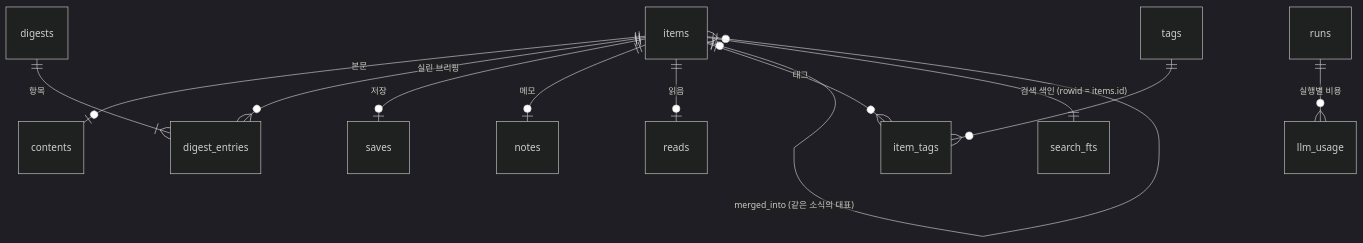
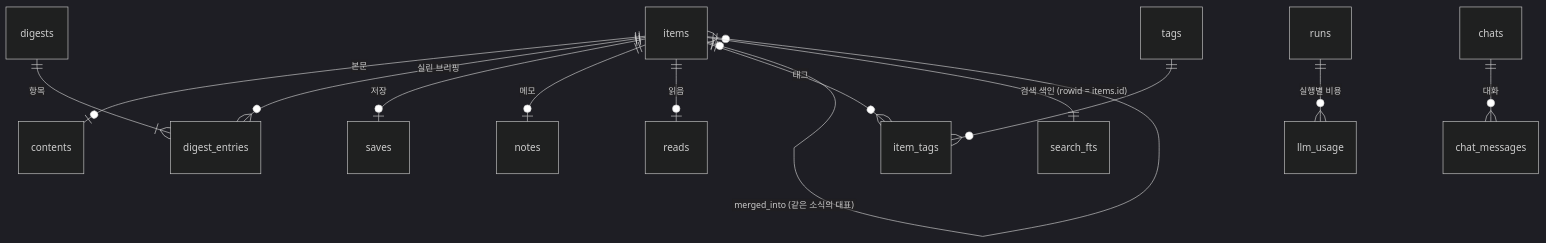
One commit to EPIGEXE/jogan-news changed the diagram in docs/03-database.md. Above: the diagram before and after it, drawn with Mermaid (dark theme). The commit also changed other lines of this file and 123 other files, not shown here.

````diff
--- a/docs/03-database.md
+++ b/docs/03-database.md
@@ -19,14 +20,15 @@
 ```mermaid
 erDiagram
   items ||--o| contents : "본문"
   items ||--o{ digest_entries : "실린 브리핑"
   digests ||--|{ digest_entries : "항목"
   items ||--o| saves : "저장"
   items ||--o| notes : "메모"
   items ||--o| reads : "읽음"
   items ||--o{ item_tags : "태그"
   tags ||--o{ item_tags : ""
   items |o--o{ items : "merged_into (같은 소식의 대표)"
   runs ||--o{ llm_usage : "실행별 비용"
+  chats ||--o{ chat_messages : "대화"
   items ||--|| search_fts : "검색 색인 (rowid = items.id)"
 ```
````
